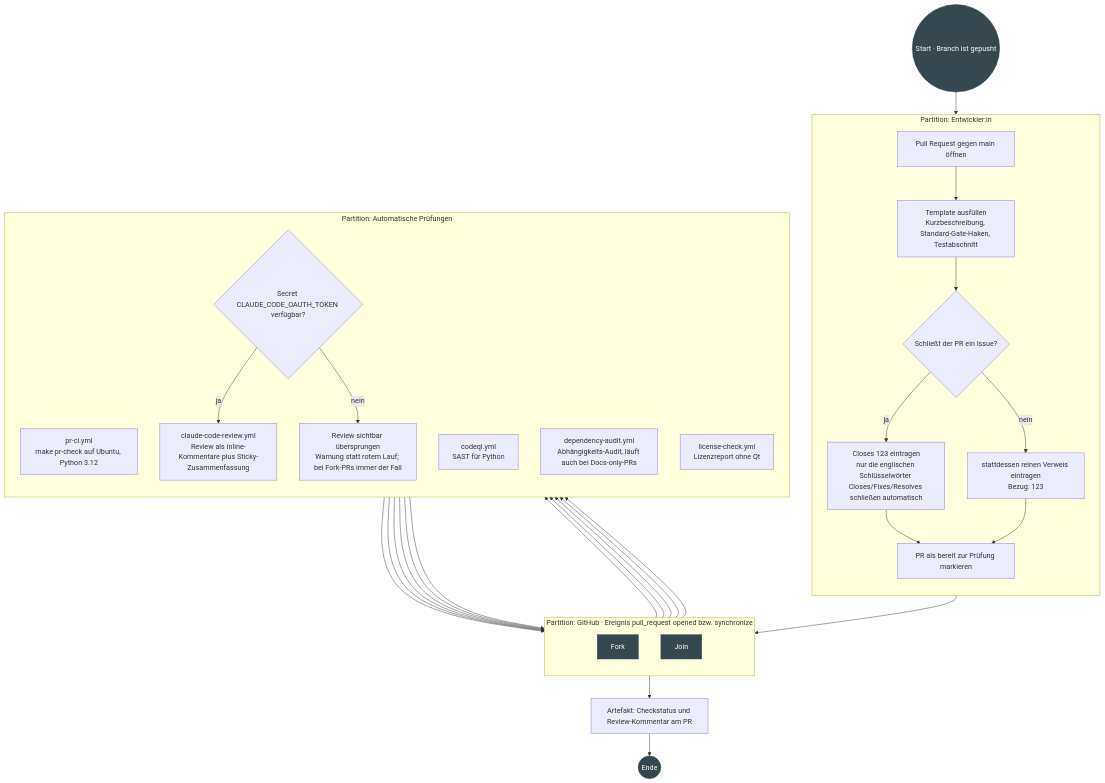
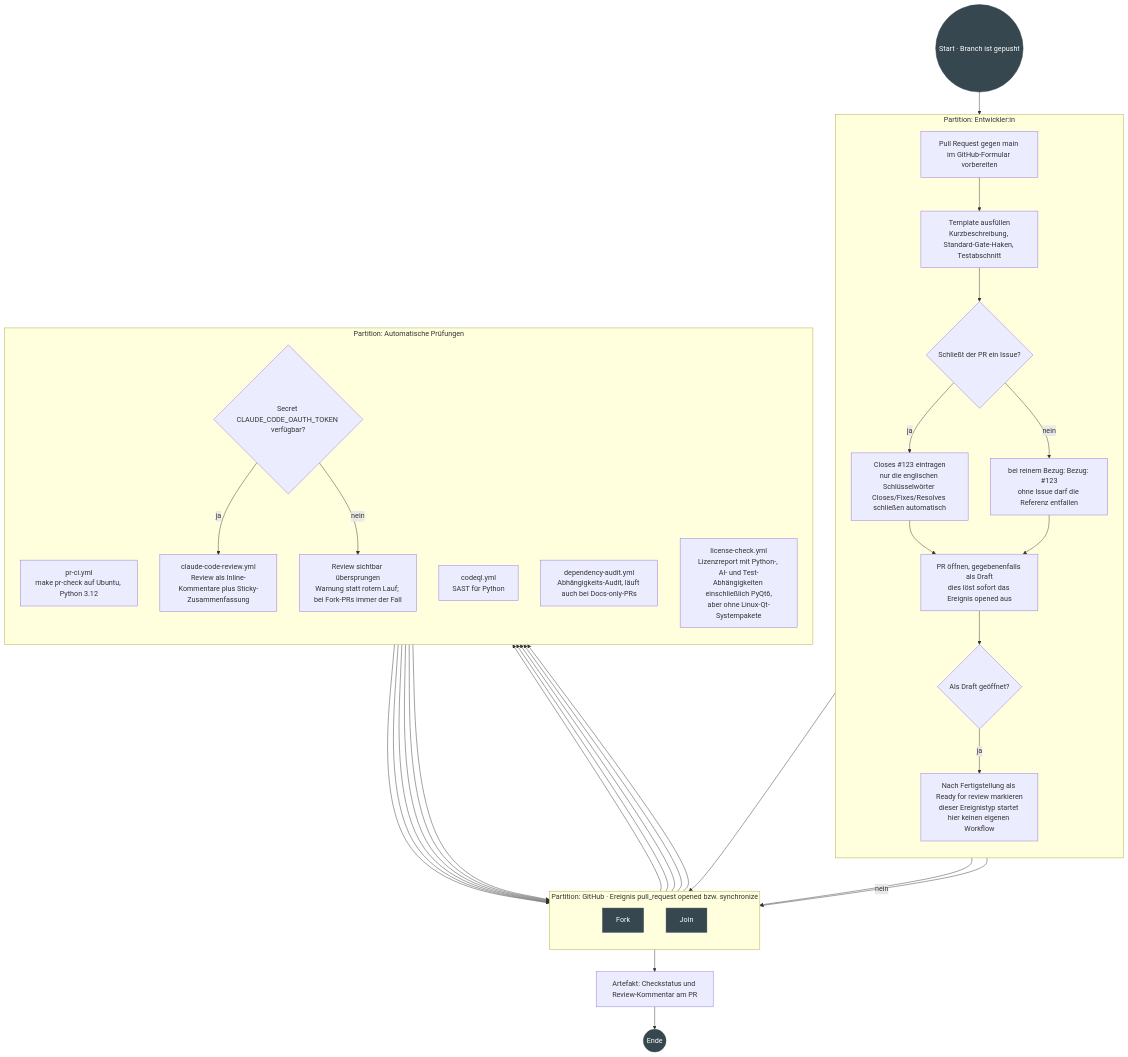
One commit to NikolayDA/picture_helper changed the second of 5 diagrams in docs/PROZESSE_UML.md. Above: the diagram before and after it, drawn with Mermaid. The commit also changed other lines of this file and 1 other file, not shown here.

````diff
--- a/docs/PROZESSE_UML.md
+++ b/docs/PROZESSE_UML.md
@@ -140,51 +164,56 @@
 ```mermaid
 flowchart TD
   START(("Start · Branch ist gepusht")):::terminal --> P1
 
   subgraph DEV["Partition: Entwickler:in"]
     direction TB
-    P1["Pull Request gegen main öffnen"]
+    P1["Pull Request gegen main im GitHub-Formular vorbereiten"]
     P2["Template ausfüllen<br/>Kurzbeschreibung, Standard-Gate-Haken, Testabschnitt"]
     PQ{"Schließt der PR ein Issue?"}
-    P3["Closes 123 eintragen<br/>nur die englischen Schlüsselwörter Closes/Fixes/Resolves schließen automatisch"]
-    P4["stattdessen reinen Verweis eintragen<br/>Bezug: 123"]
-    P5["PR als bereit zur Prüfung markieren"]
+    P3["Closes #123 eintragen<br/>nur die englischen Schlüsselwörter Closes/Fixes/Resolves schließen automatisch"]
+    P4["bei reinem Bezug: Bezug: #123<br/>ohne Issue darf die Referenz entfallen"]
+    P5["PR öffnen, gegebenenfalls als Draft<br/>dies löst sofort das Ereignis opened aus"]
+    PD{"Als Draft geöffnet?"}
+    P6["Nach Fertigstellung als Ready for review markieren<br/>dieser Ereignistyp startet hier keinen eigenen Workflow"]
   end
 
   subgraph GH["Partition: GitHub · Ereignis pull_request opened bzw. synchronize"]
     direction TB
     F1["Fork"]:::bar
     J1["Join"]:::bar
   end
 
   subgraph CI["Partition: Automatische Prüfungen"]
     direction TB
     C1["pr-ci.yml<br/>make pr-check auf Ubuntu, Python 3.12"]
     C2["codeql.yml<br/>SAST für Python"]
     C3["dependency-audit.yml<br/>Abhängigkeits-Audit, läuft auch bei Docs-only-PRs"]
-    C4["license-check.yml<br/>Lizenzreport ohne Qt"]
+    C4["license-check.yml<br/>Lizenzreport mit Python-, AI- und Test-Abhängigkeiten einschließlich PyQt6,<br/>aber ohne Linux-Qt-Systempakete"]
     CQ{"Secret CLAUDE_CODE_OAUTH_TOKEN verfügbar?"}
     C5["claude-code-review.yml<br/>Review als Inline-Kommentare plus Sticky-Zusammenfassung"]
     C6["Review sichtbar übersprungen<br/>Warnung statt rotem Lauf; bei Fork-PRs immer der Fall"]
   end
 
   P1 --> P2 --> PQ
   PQ -->|"ja"| P3 --> P5
   PQ -->|"nein"| P4 --> P5
   P5 --> F1
+  P5 --> PD
+  PD -->|"ja"| P6 --> J1
+  PD -->|"nein"| J1
   F1 --> C1
   F1 --> C2
   F1 --> C3
   F1 --> C4
   F1 --> CQ
   CQ -->|"ja"| C5 --> J1
   CQ -->|"nein"| C6 --> J1
   C1 --> J1
   C2 --> J1
   C3 --> J1
   C4 --> J1
   J1 --> S1["Artefakt: Checkstatus und Review-Kommentar am PR"] --> ENDE(("Ende")):::terminal
 
   classDef terminal fill:#37474f,stroke:#37474f,color:#ffffff;
   classDef bar fill:#37474f,stroke:#37474f,color:#ffffff;
 ```
````
